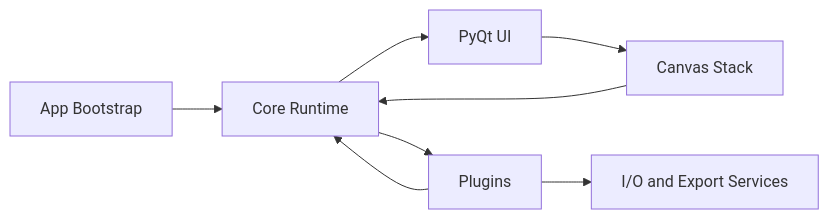
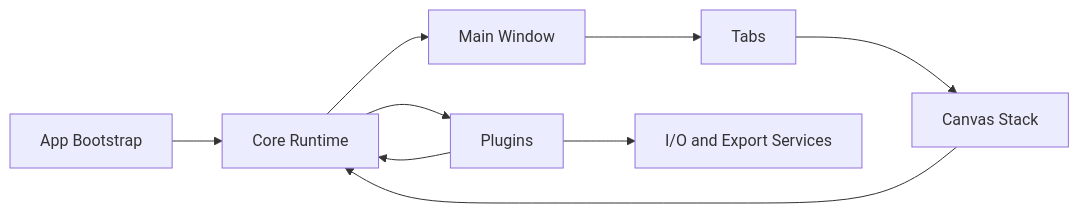
One commit to Loganavter/Improve-ImgSLI changed the first of 6 diagrams in docs/dev/ARCHITECTURE.md. Above: the diagram before and after it, drawn with Mermaid. The commit also changed other lines of this file and 1273 other files, not shown here.

````diff
--- a/docs/dev/ARCHITECTURE.md
+++ b/docs/dev/ARCHITECTURE.md
@@ -7,10 +7,11 @@
 ```mermaid
 flowchart LR
     Entry["App Bootstrap"] --> Core["Core Runtime"]
-    Core --> UI["PyQt UI"]
+    Core --> MainWindow["Main Window"]
     Core --> Plugins["Plugins"]
-    UI --> Canvas["Canvas Stack"]
+    MainWindow --> Tabs["Tabs"]
+    Tabs --> Canvas["Canvas Stack"]
     Plugins --> Services["I/O and Export Services"]
     Plugins --> Core
     Canvas --> Core
 ```
````
